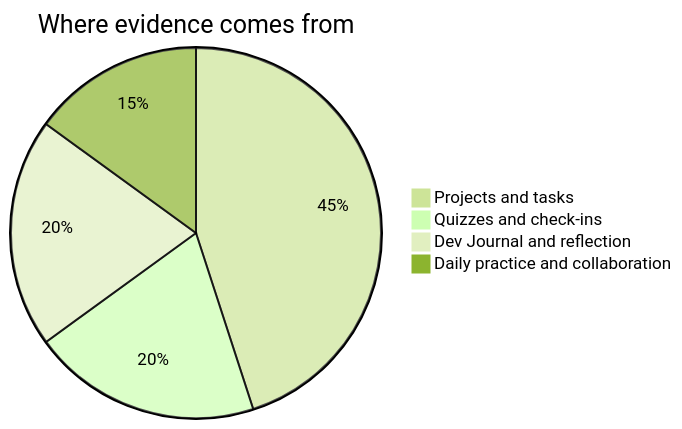
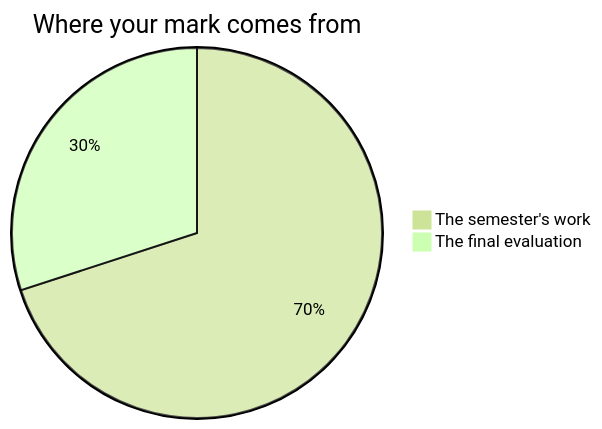
One commit to russellgordon/containerized-quartz-for-teachers changed the diagram in support/example_content/ICD2O/shared/Setup/How Marks Work.md. Above: the diagram before and after it, drawn with Mermaid (forest theme). The commit also changed other lines of this file and 70 other files, not shown here.

````diff
--- a/support/example_content/ICD2O/shared/Setup/How Marks Work.md
+++ b/support/example_content/ICD2O/shared/Setup/How Marks Work.md
@@ -16,7 +25,5 @@
 ```mermaid
-pie title Where evidence comes from
-    "Projects and tasks" : 45
-    "Quizzes and check-ins" : 20
-    "Dev Journal and reflection" : 20
-    "Daily practice and collaboration" : 15
+pie title Where your mark comes from
+    "The semester's work" : 70
+    "The final evaluation" : 30
 ```
````
